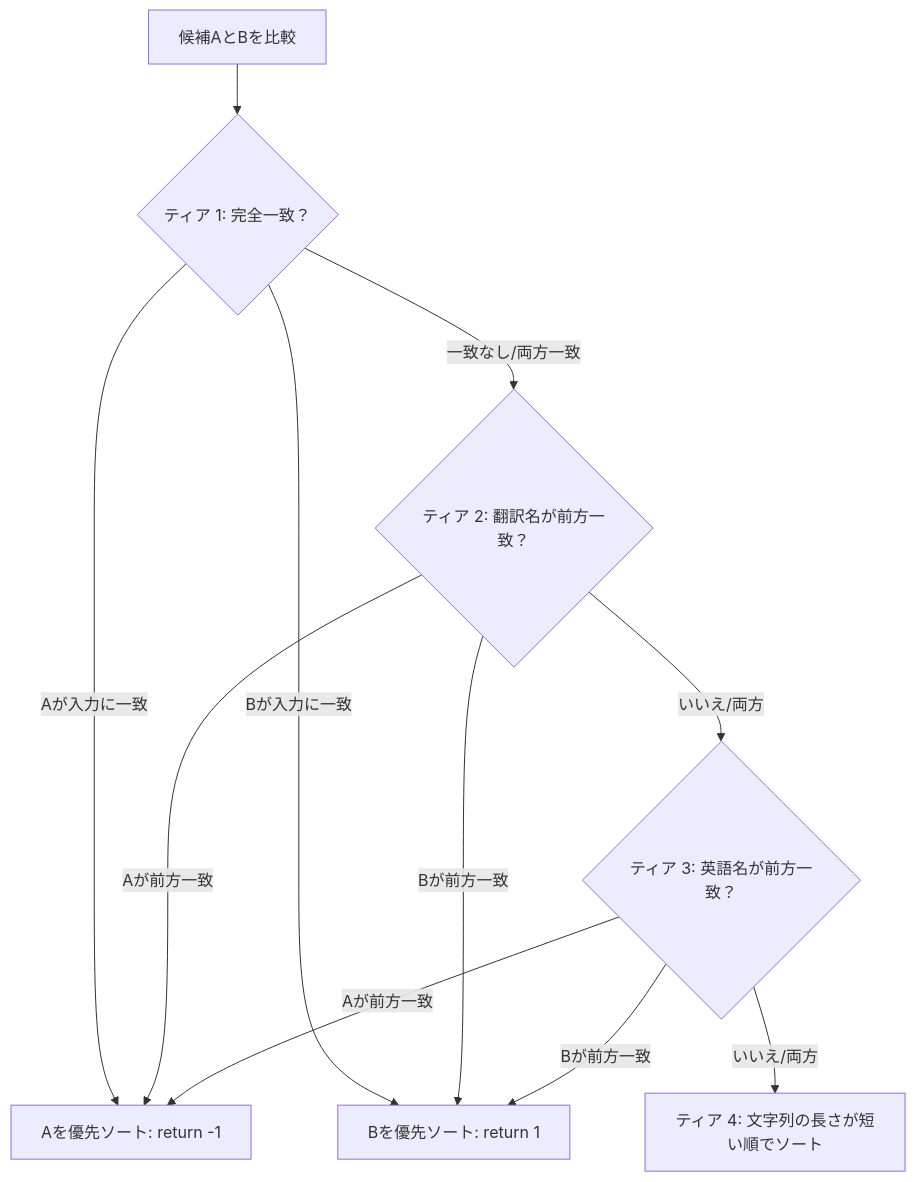
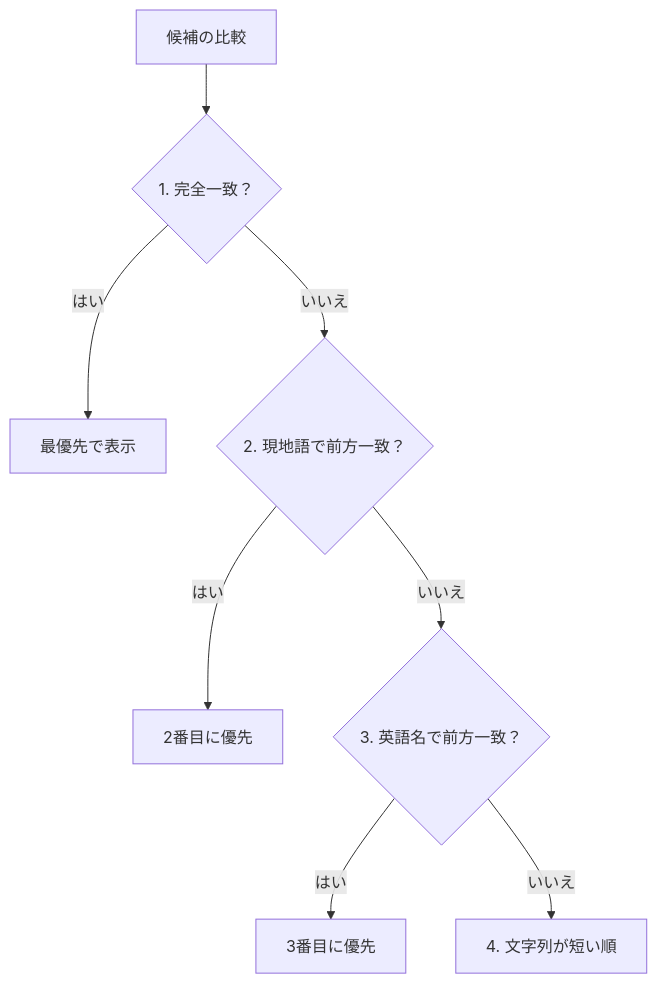
One commit to ScriptureHabit/scripture-habit changed the second of 2 diagrams in docs/ja/incremental-book-suggestions.md. Above: the diagram before and after it, drawn with Mermaid. The commit also changed other lines of this file and 19 other files, not shown here.

````diff
--- a/docs/ja/incremental-book-suggestions.md
+++ b/docs/ja/incremental-book-suggestions.md
@@ -79,16 +37,10 @@
 ```mermaid
 graph TD
-    Start[候補AとBを比較] --> Tier1{ティア 1: 完全一致？}
-    
-    Tier1 -- Aが入力に一致 --> ReturnA[Aを優先ソート: return -1]
-    Tier1 -- Bが入力に一致 --> ReturnB[Bを優先ソート: return 1]
-    Tier1 -- 一致なし/両方一致 --> Tier2{ティア 2: 翻訳名が前方一致？}
-    
-    Tier2 -- Aが前方一致 --> ReturnA
-    Tier2 -- Bが前方一致 --> ReturnB
-    Tier2 -- いいえ/両方 --> Tier3{ティア 3: 英語名が前方一致？}
-    
-    Tier3 -- Aが前方一致 --> ReturnA
-    Tier3 -- Bが前方一致 --> ReturnB
-    Tier3 -- いいえ/両方 --> Tier4[ティア 4: 文字列の長さが短い順でソート]
+    Start[候補の比較] --> T1{1. 完全一致？}
+    T1 -- はい --> R1[最優先で表示]
+    T1 -- いいえ --> T2{2. 現地語で前方一致？}
+    T2 -- はい --> R2[2番目に優先]
+    T2 -- いいえ --> T3{3. 英語名で前方一致？}
+    T3 -- はい --> R3[3番目に優先]
+    T3 -- いいえ --> T4[4. 文字列が短い順]
 ```
````
